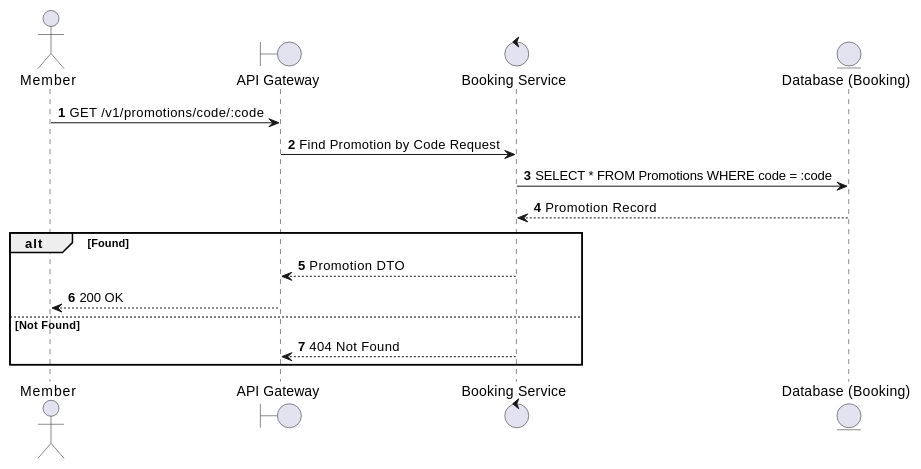
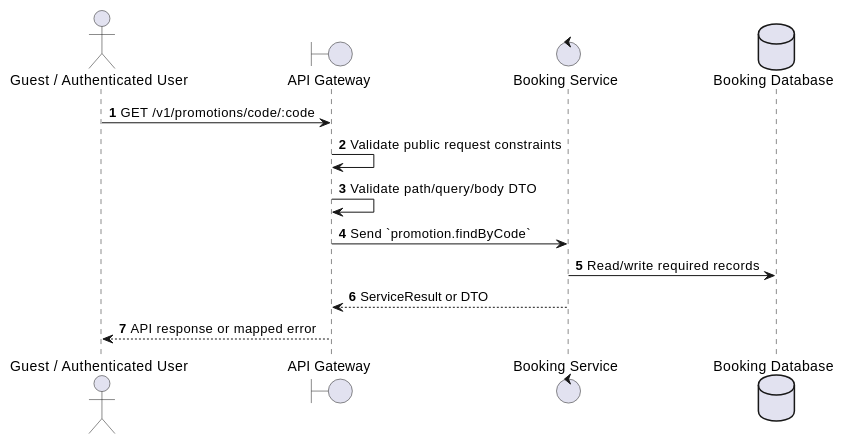
One commit to Tanh1603/movie-hub-architecture changed the first of 2 diagrams in docs/functional_specs/3.10_Promotions_Discounts_Module/PM-03_Find_Promotion_by_Code.md. Above: the diagram before and after it, drawn with PlantUML. The commit also changed other lines of this file and 126 other files, not shown here.

````diff
--- a/docs/functional_specs/3.10_Promotions_Discounts_Module/PM-03_Find_Promotion_by_Code.md
+++ b/docs/functional_specs/3.10_Promotions_Discounts_Module/PM-03_Find_Promotion_by_Code.md
@@ -17,20 +17,17 @@
 ```plantuml
 @startuml
 autonumber
-actor Member
+actor "Guest / Authenticated User" as Actor
 boundary "API Gateway" as GW
-control "Booking Service" as BS
-entity "Database (Booking)" as DB
+control "Booking Service" as SVC
+database "Booking Database" as DB
 
-Member -> GW: GET /v1/promotions/code/:code
-GW -> BS: Find Promotion by Code Request
-BS -> DB: SELECT * FROM Promotions WHERE code = :code
-DB --> BS: Promotion Record
-alt Found
-    BS --> GW: Promotion DTO
-    GW --> Member: 200 OK
-else Not Found
-    BS --> GW: 404 Not Found
-end
+Actor -> GW: GET /v1/promotions/code/:code
+GW -> GW: Validate public request constraints
+GW -> GW: Validate path/query/body DTO
+GW -> SVC: Send `promotion.findByCode`
+SVC -> DB: Read/write required records
+SVC --> GW: ServiceResult or DTO
+GW --> Actor: API response or mapped error
 @enduml
 ```
````
